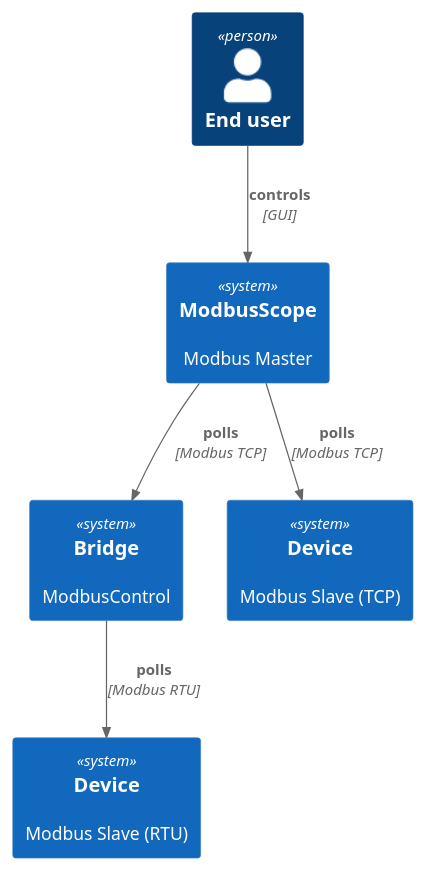
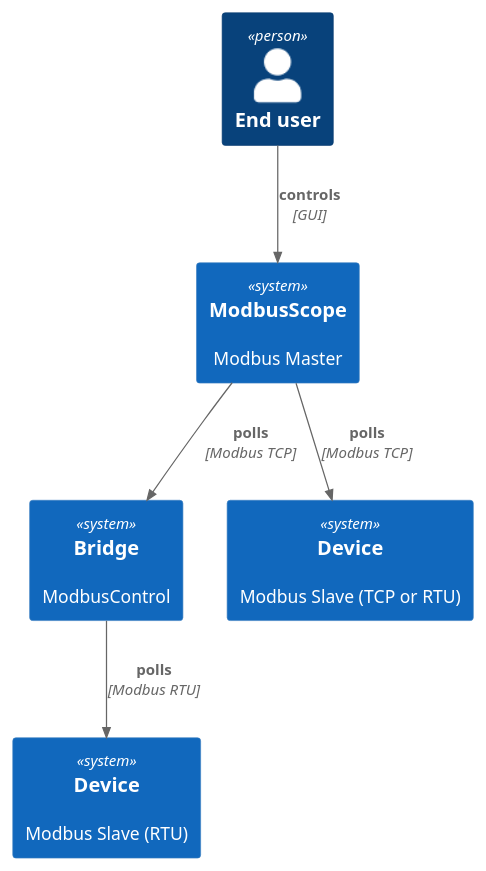
The diagram in doc/architecture/Context.puml (ModbusScope/ModbusScope), drawn with PlantUML before and after one commit. The commit also changed 3 other files, not shown here.

```diff
--- a/doc/architecture/Context.puml
+++ b/doc/architecture/Context.puml
@@ -2,18 +2,18 @@
 @startuml System Context Diagram
 
-!includeurl https://raw.githubusercontent.com/RicardoNiepel/C4-PlantUML/release/1-0/C4_Container.puml
+!includeurl https://raw.githubusercontent.com/plantuml-stdlib/C4-PlantUML/v2.8.0/C4_Container.puml
 
 Person(endUser, "End user", "")
 System(modbusscope, "ModbusScope", "Modbus Master")
 
 System(bridge, "Bridge", "ModbusControl")
-System(slave_tcp, "Device", "Modbus Slave (TCP)")
+System(slave_tcp, "Device", "Modbus Slave (TCP or RTU)")
 System(slave_rtu, "Device", "Modbus Slave (RTU)")
 
 Rel(endUser, modbusscope, "controls", "GUI")
 Rel(modbusscope, bridge, "polls", "Modbus TCP")
 Rel(bridge, slave_rtu, "polls", "Modbus RTU")
 
 Rel(modbusscope, slave_tcp, "polls", "Modbus TCP")
 
 @enduml
```
